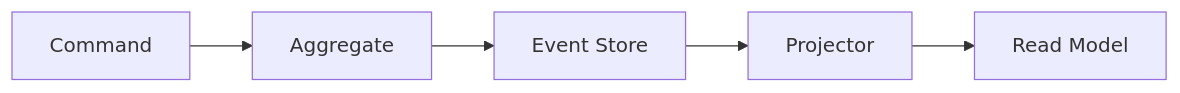
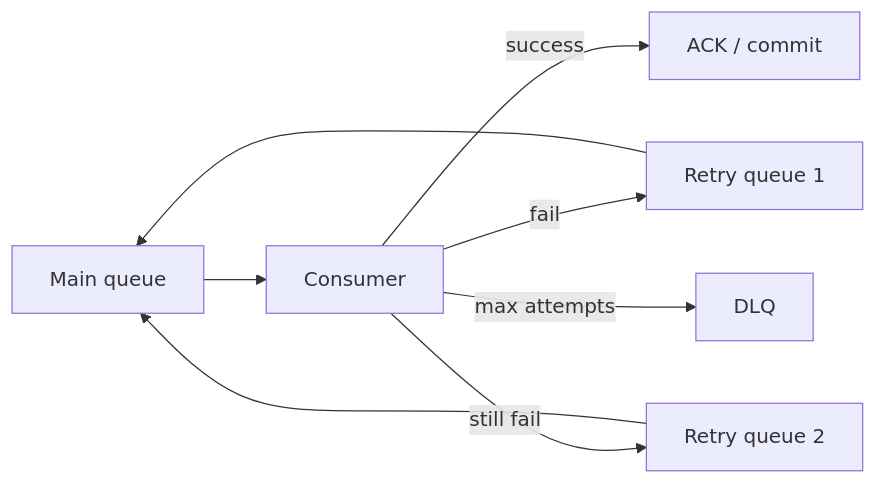
One commit to hareramcse/SystemDesign changed diagram 20 of 28 in 06-messaging-and-events/README.md. Above: the diagram before and after it, drawn with Mermaid. The commit also changed other lines of this file, not shown here.

````diff
--- a/06-messaging-and-events/README.md
+++ b/06-messaging-and-events/README.md
@@ -1310,7 +3581,10 @@
 ```mermaid
 flowchart LR
-    Cmd[Command] --> Agg[Aggregate]
-    Agg --> Store[Event Store]
-    Store --> Proj[Projector]
-    Proj --> Read[Read Model]
+    Main[Main queue] --> Consumer
+    Consumer -->|success| Done[ACK / commit]
+    Consumer -->|fail| R1[Retry queue 1]
+    R1 --> Main
+    Consumer -->|still fail| R2[Retry queue 2]
+    R2 --> Main
+    Consumer -->|max attempts| DLQ[DLQ]
 ```
````
